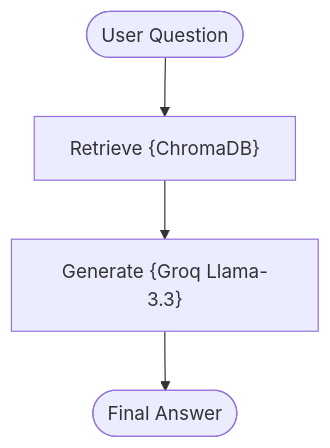
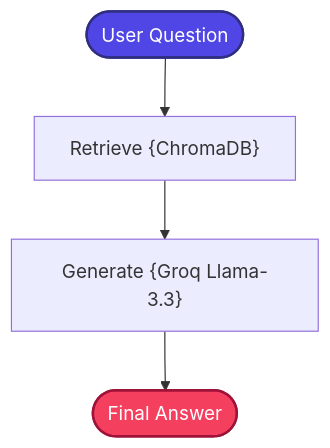
One commit to mohd-faizy/RAG-Design-Patterns changed the diagram in 01_Standard_RAG/README.md. Above: the diagram before and after it, drawn with Mermaid. The commit also changed 18 other files, not shown here.

````diff
--- a/01_Standard_RAG/README.md
+++ b/01_Standard_RAG/README.md
@@ -22,6 +22,9 @@
 ```mermaid
 graph TD
     Query([User Question]) --> Retrieve["Retrieve {ChromaDB}"]
     Retrieve --> Generate["Generate {Groq Llama-3.3}"]
     Generate --> FinalAnswer([Final Answer])
+
+    style Query fill:#4F46E5,stroke:#312E81,stroke-width:2px,color:#fff
+    style FinalAnswer fill:#F43F5E,stroke:#9F1239,stroke-width:2px,color:#fff
 ```
````
